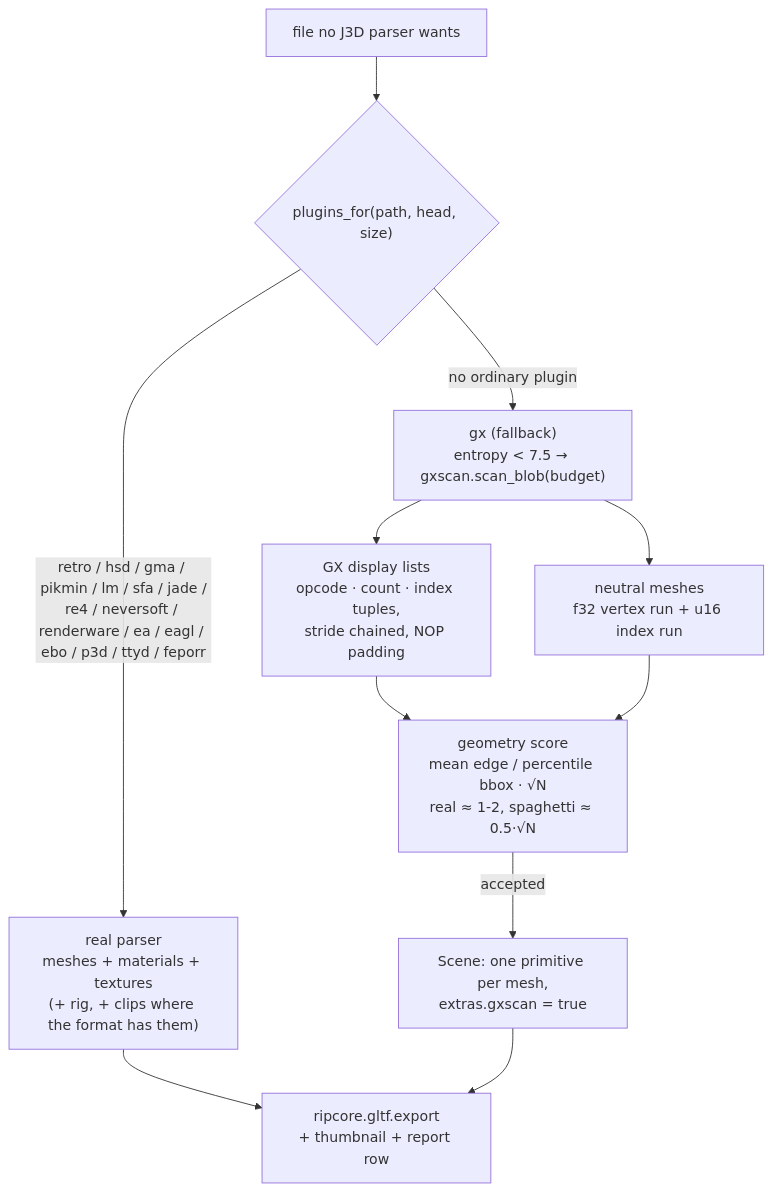
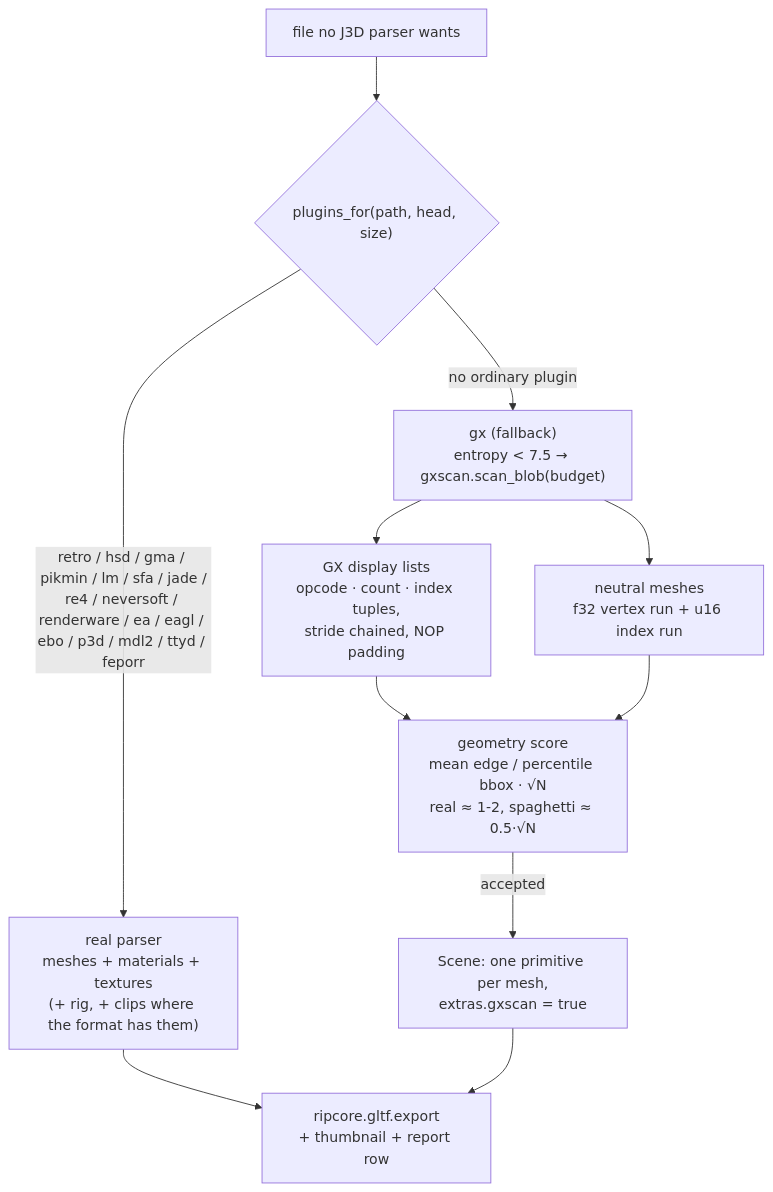
One commit to Felbs/3d-ripper-9000 changed the eighth of 8 diagrams in docs/PIPELINE.md. Above: the diagram before and after it, drawn with Mermaid. The commit also changed other lines of this file and 3 other files, not shown here.

First line of the commit message:
gcrip mdl2: Krome MDL2 models (.gmd in RKV) - interleaved vertex buffer + 4-column GX display lists, two-bone weights, .gtx CMPR/RGB5A3 textures by material name; Ty 1 = 971 models / 1.43M tris

````diff
--- a/docs/PIPELINE.md
+++ b/docs/PIPELINE.md
@@ -173,11 +173,11 @@
 ```mermaid
 flowchart TD
     F["file no J3D parser wants"] --> D{"plugins_for(path, head, size)"}
-    D -->|"retro / hsd / gma / pikmin / lm / sfa / jade /<br/>re4 / neversoft / renderware / ea / eagl / ebo / p3d / ttyd / feporr"| R["real parser<br/>meshes + materials + textures<br/>(+ rig, + clips where the format has them)"]
+    D -->|"retro / hsd / gma / pikmin / lm / sfa / jade /<br/>re4 / neversoft / renderware / ea / eagl / ebo / p3d / mdl2 / ttyd / feporr"| R["real parser<br/>meshes + materials + textures<br/>(+ rig, + clips where the format has them)"]
     D -->|"no ordinary plugin"| S["gx (fallback)<br/>entropy < 7.5 → gxscan.scan_blob(budget)"]
     S --> L["GX display lists<br/>opcode · count · index tuples,<br/>stride chained, NOP padding"]
     S --> N["neutral meshes<br/>f32 vertex run + u16 index run"]
     L & N --> SC["geometry score<br/>mean edge / percentile bbox · √N<br/>real ≈ 1-2, spaghetti ≈ 0.5·√N"]
     SC -->|"accepted"| M["Scene: one primitive per mesh,<br/>extras.gxscan = true"]
     R & M --> E["ripcore.gltf.export<br/>+ thumbnail + report row"]
 ```
````
